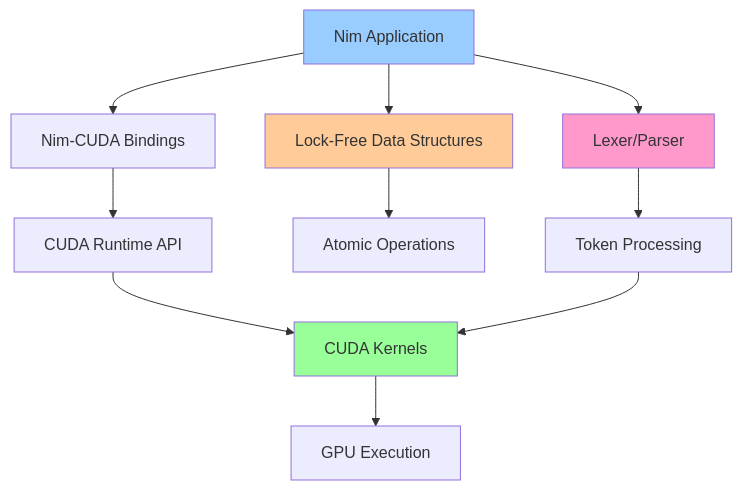
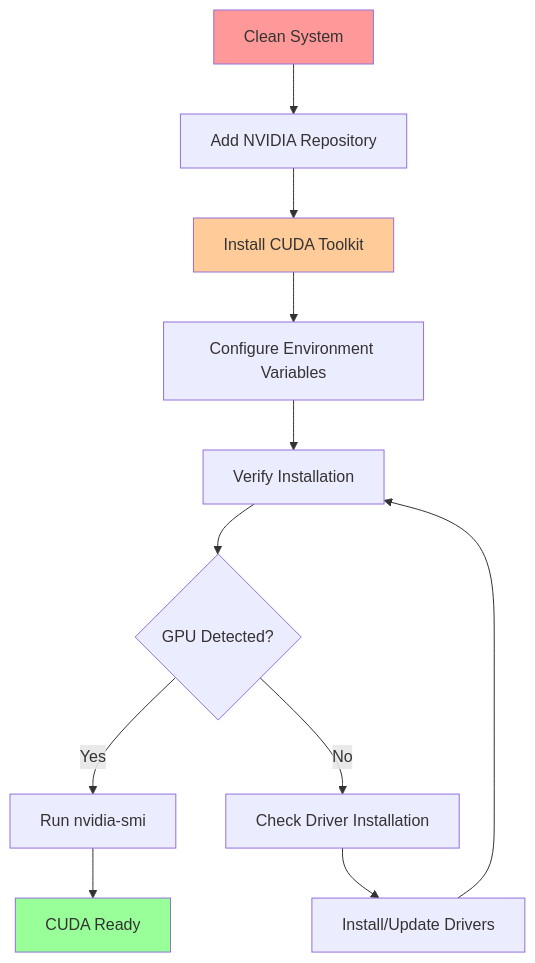
One commit to danindiana/gpt_Nim changed the second of 7 diagrams in README.md. Above: the diagram before and after it, drawn with Mermaid. The commit also changed other lines of this file and 1 other file, not shown here.

````diff
--- a/README.md
+++ b/README.md
@@ -199,19 +140,17 @@
 ```mermaid
 graph TD
-    A[Nim Application] --> B[Nim-CUDA Bindings]
-    B --> C[CUDA Runtime API]
-    C --> D[CUDA Kernels]
-    D --> E[GPU Execution]
+    A[Clean System] --> B[Add NVIDIA Repository]
+    B --> C[Install CUDA Toolkit]
+    C --> D[Configure Environment Variables]
+    D --> E[Verify Installation]
+    E --> F{GPU Detected?}
+    F -->|Yes| G[Run nvidia-smi]
+    F -->|No| H[Check Driver Installation]
+    G --> I[CUDA Ready]
+    H --> J[Install/Update Drivers]
+    J --> E
 
-    A --> F[Lock-Free Data Structures]
-    F --> G[Atomic Operations]
-
-    A --> H[Lexer/Parser]
-    H --> I[Token Processing]
-    I --> D
-
-    style A fill:#99ccff
-    style D fill:#99ff99
-    style F fill:#ffcc99
-    style H fill:#ff99cc
+    style A fill:#ff9999
+    style C fill:#ffcc99
+    style I fill:#99ff99
 ```
````
